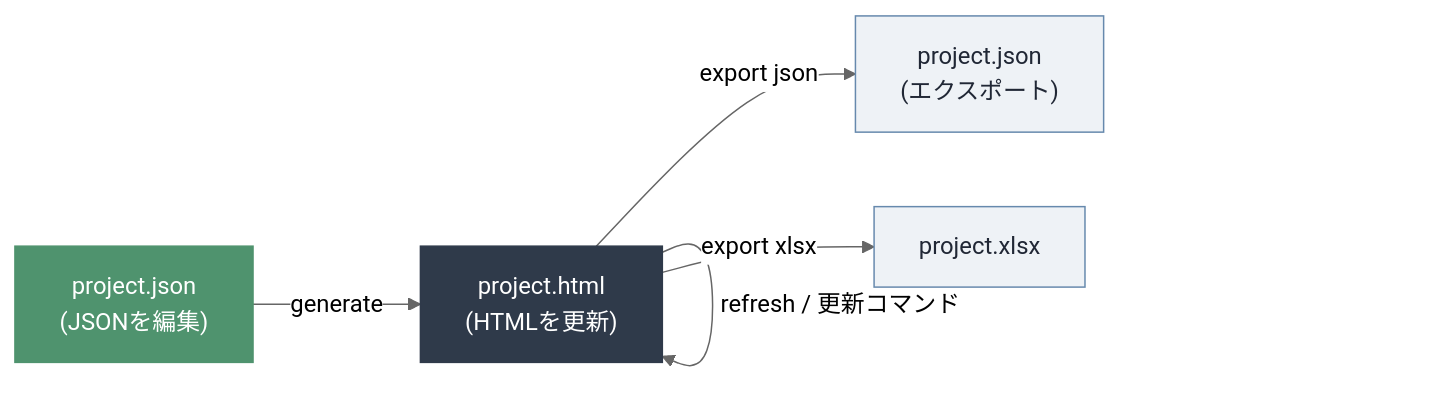
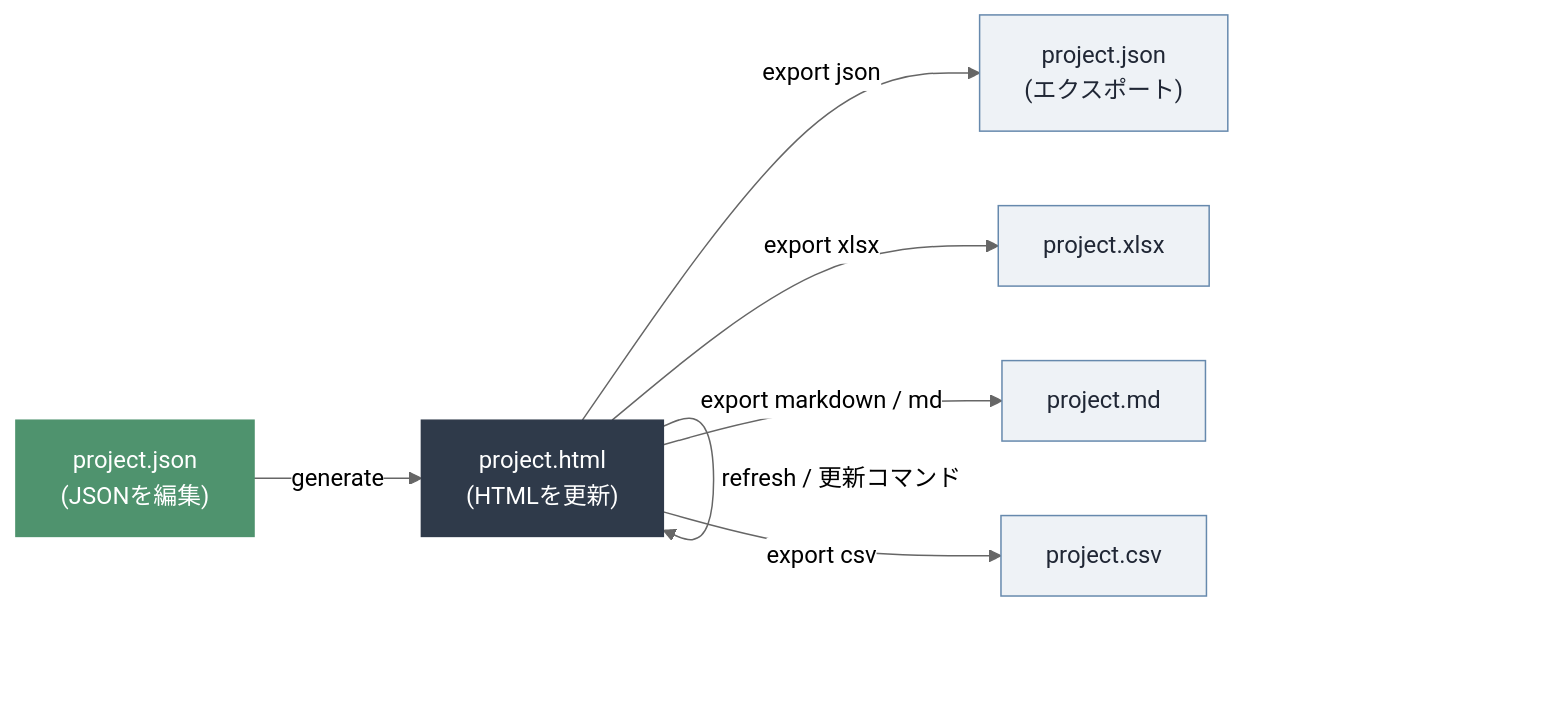
One commit to motahead/wbsgen-public changed the diagram in docs/manual-figures/fig1.mmd. Above: the diagram before and after it, drawn with Mermaid (neutral theme). The commit also changed 31 other files, not shown here.

```diff
--- a/docs/manual-figures/fig1.mmd
+++ b/docs/manual-figures/fig1.mmd
@@ -1,12 +1,14 @@
 flowchart LR
   json["project.json\n(JSONを編集)"] -->|generate| html["project.html\n(HTMLを更新)"]
   html -->|refresh / 更新コマンド| html
   html -->|export json| exported_json["project.json\n(エクスポート)"]
   html -->|export xlsx| xlsx["project.xlsx"]
+  html -->|export markdown / md| markdown["project.md"]
+  html -->|export csv| csv["project.csv"]
 
   classDef source fill:#4f936e,color:#fff,stroke:#4f936e;
   classDef html fill:#2f3a4a,color:#fff,stroke:#2f3a4a;
   classDef output fill:#eef2f6,color:#202735,stroke:#6689ad;
   class json source;
   class html html;
-  class exported_json,xlsx output;
+  class exported_json,xlsx,markdown,csv output;
```
